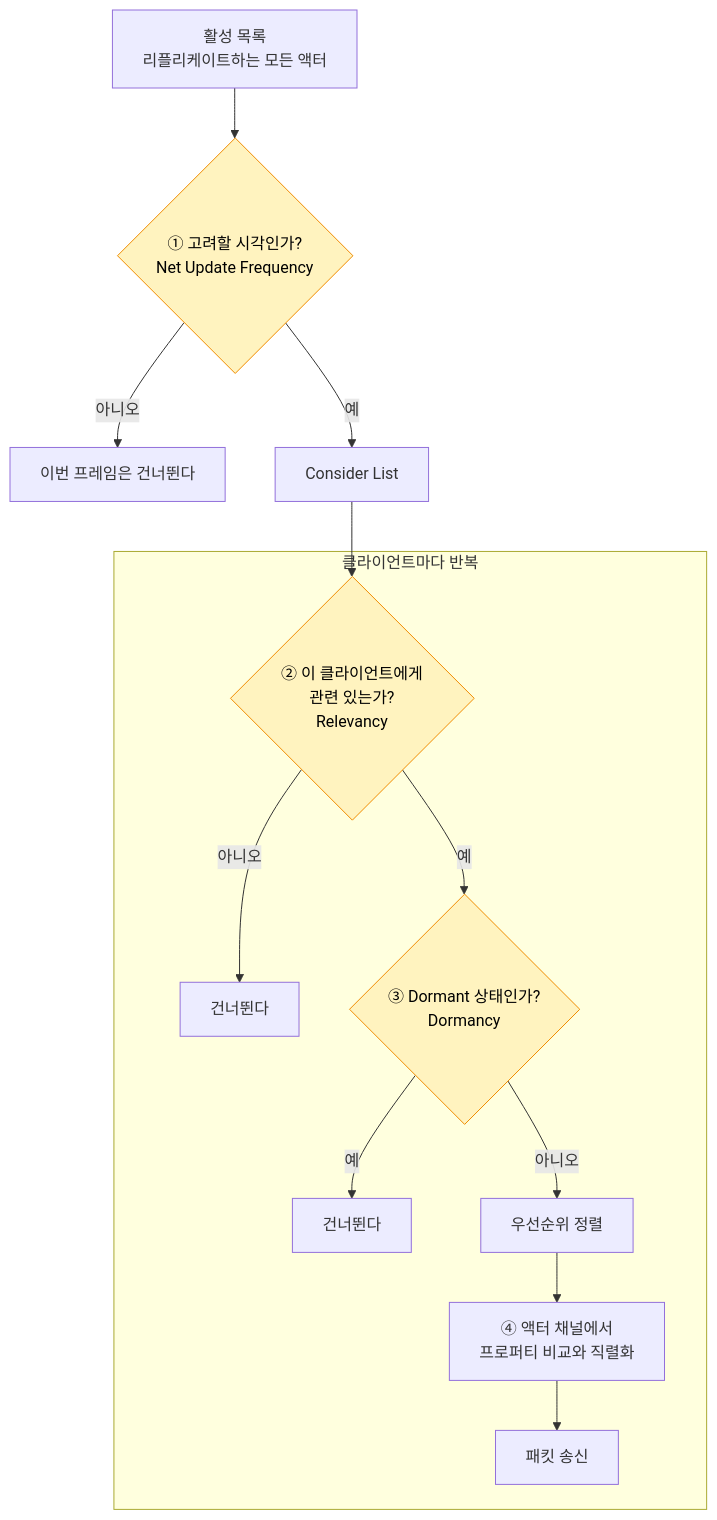
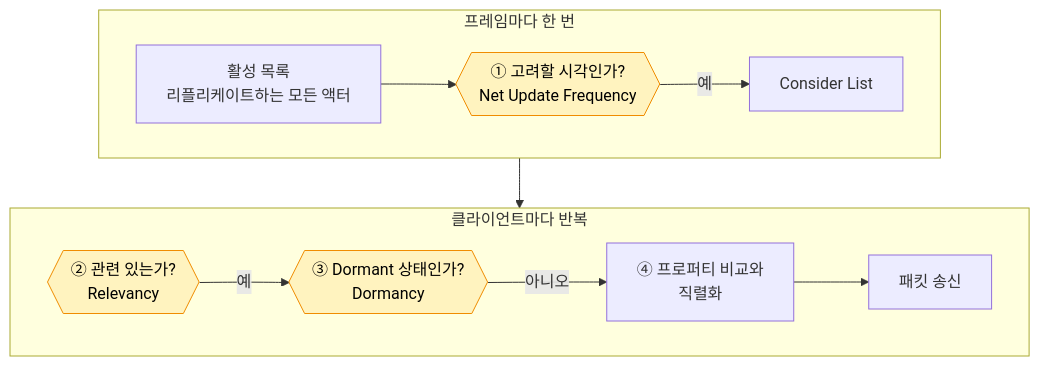
One commit to hon454/ue-dedicated-server-optimization-lab changed the diagram in Posts/01-baseline/README.md. Above: the diagram before and after it, drawn with Mermaid. The commit also changed other lines of this file and 3 other files, not shown here.

First line of the commit message:
docs: lay the baseline flow out in two rows and turn the README chart sideways

````diff
--- a/Posts/01-baseline/README.md
+++ b/Posts/01-baseline/README.md
@@ -42,18 +42,17 @@
 ```mermaid
-flowchart TD
-    A["활성 목록<br/>리플리케이트하는 모든 액터"] --> B{"① 고려할 시각인가?<br/>Net Update Frequency"}
-    B -- "아니오" --> X1["이번 프레임은 건너뛴다"]
-    B -- "예" --> C["Consider List"]
+flowchart TB
+    subgraph Once["프레임마다 한 번"]
+        direction LR
+        A["활성 목록<br/>리플리케이트하는 모든 액터"] --> B{{"① 고려할 시각인가?<br/>Net Update Frequency"}}
+        B -- "예" --> C["Consider List"]
+    end
     subgraph PerClient["클라이언트마다 반복"]
-        D{"② 이 클라이언트에게<br/>관련 있는가?<br/>Relevancy"}
-        D -- "아니오" --> X2["건너뛴다"]
-        D -- "예" --> E{"③ Dormant 상태인가?<br/>Dormancy"}
-        E -- "예" --> X3["건너뛴다"]
-        E -- "아니오" --> F["우선순위 정렬"]
-        F --> G["④ 액터 채널에서<br/>프로퍼티 비교와 직렬화"]
+        direction LR
+        D{{"② 관련 있는가?<br/>Relevancy"}} -- "예" --> E{{"③ Dormant 상태인가?<br/>Dormancy"}}
+        E -- "아니오" --> G["④ 프로퍼티 비교와<br/>직렬화"]
         G --> H["패킷 송신"]
     end
-    C --> D
+    Once --> PerClient
     classDef check fill:#fff3bf,stroke:#f08c00,color:#000
     class B,D,E check
 ```
````
